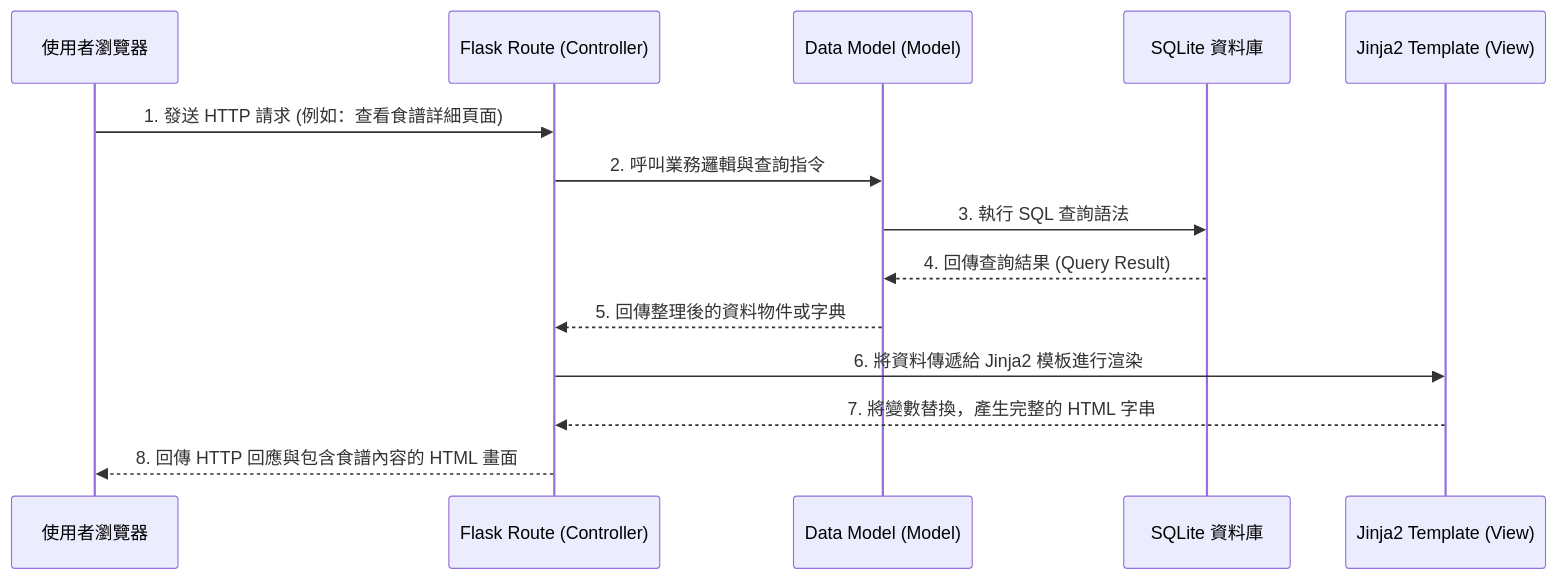
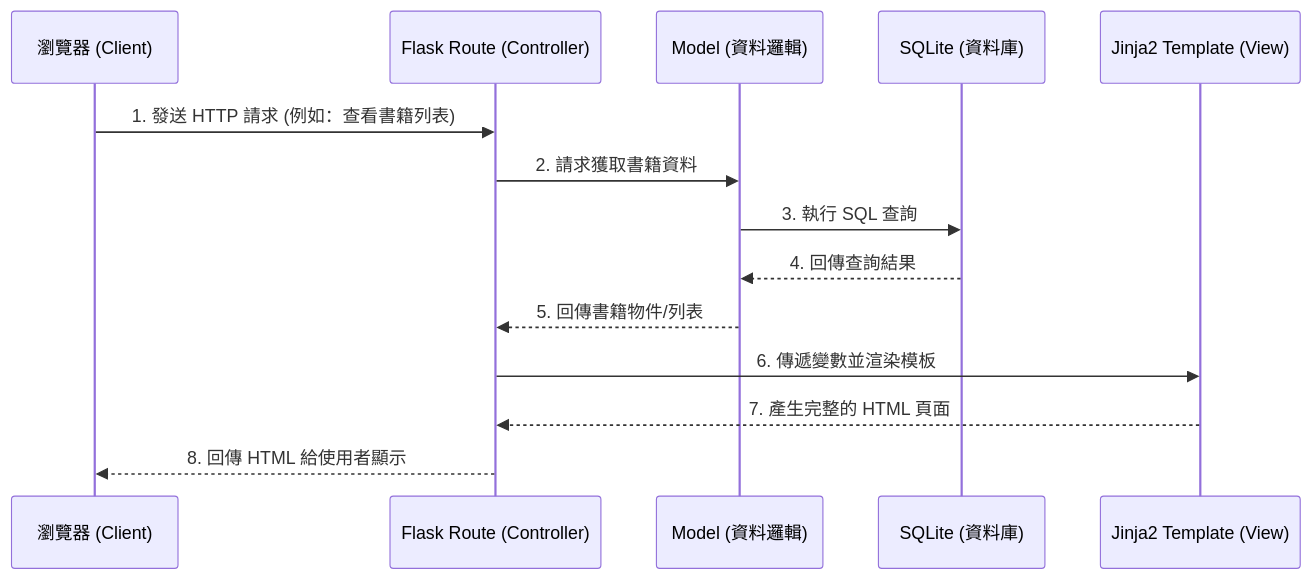
The diagram in docs/ARCHITECTURE.md (D1420337/web_app_development), drawn with Mermaid before and after one commit. The commit also changed other lines of this file, not shown here.

Commit message:
docs: add system architecture

````diff
--- a/docs/ARCHITECTURE.md
+++ b/docs/ARCHITECTURE.md
@@ -54,17 +67,17 @@
 ```mermaid
 sequenceDiagram
-    participant Browser as 使用者瀏覽器
+    participant Browser as 瀏覽器 (Client)
     participant Route as Flask Route (Controller)
-    participant Model as Data Model (Model)
-    participant DB as SQLite 資料庫
+    participant Model as Model (資料邏輯)
+    participant DB as SQLite (資料庫)
     participant Template as Jinja2 Template (View)
 
-    Browser->>Route: 1. 發送 HTTP 請求 (例如：查看食譜詳細頁面)
-    Route->>Model: 2. 呼叫業務邏輯與查詢指令
-    Model->>DB: 3. 執行 SQL 查詢語法
-    DB-->>Model: 4. 回傳查詢結果 (Query Result)
-    Model-->>Route: 5. 回傳整理後的資料物件或字典
-    Route->>Template: 6. 將資料傳遞給 Jinja2 模板進行渲染
-    Template-->>Route: 7. 將變數替換，產生完整的 HTML 字串
-    Route-->>Browser: 8. 回傳 HTTP 回應與包含食譜內容的 HTML 畫面
+    Browser->>Route: 1. 發送 HTTP 請求 (例如：查看書籍列表)
+    Route->>Model: 2. 請求獲取書籍資料
+    Model->>DB: 3. 執行 SQL 查詢
+    DB-->>Model: 4. 回傳查詢結果
+    Model-->>Route: 5. 回傳書籍物件/列表
+    Route->>Template: 6. 傳遞變數並渲染模板
+    Template-->>Route: 7. 產生完整的 HTML 頁面
+    Route-->>Browser: 8. 回傳 HTML 給使用者顯示
 ```
````
